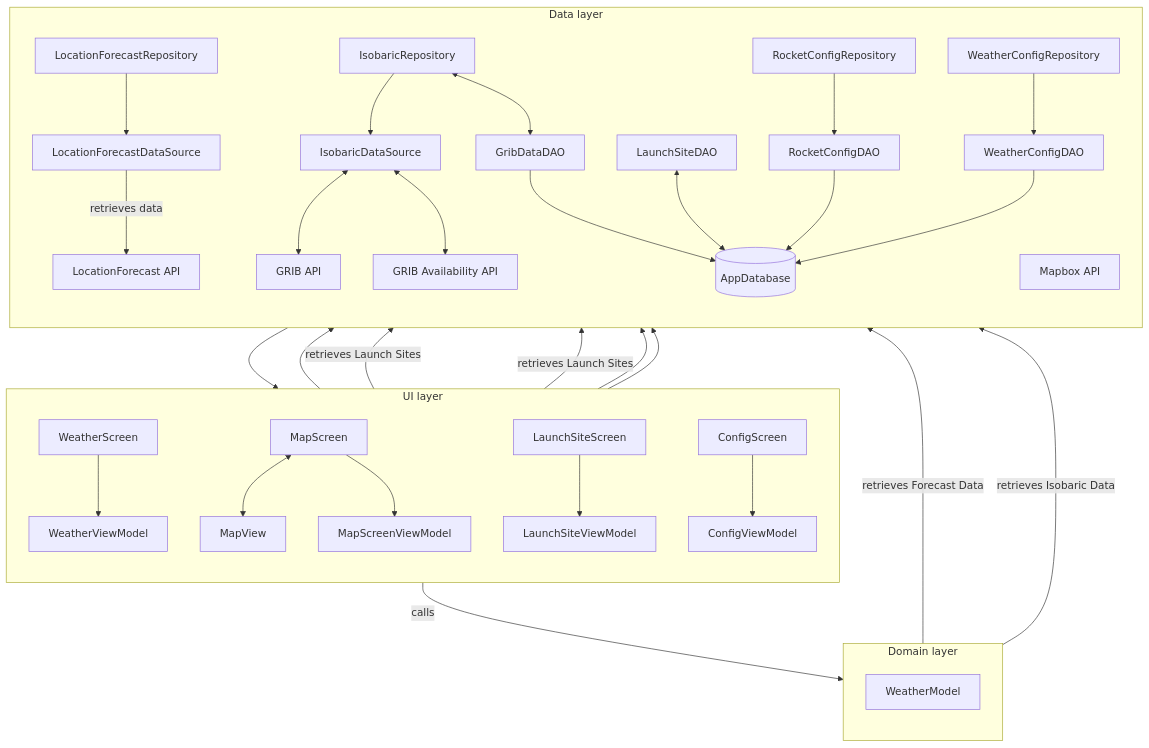
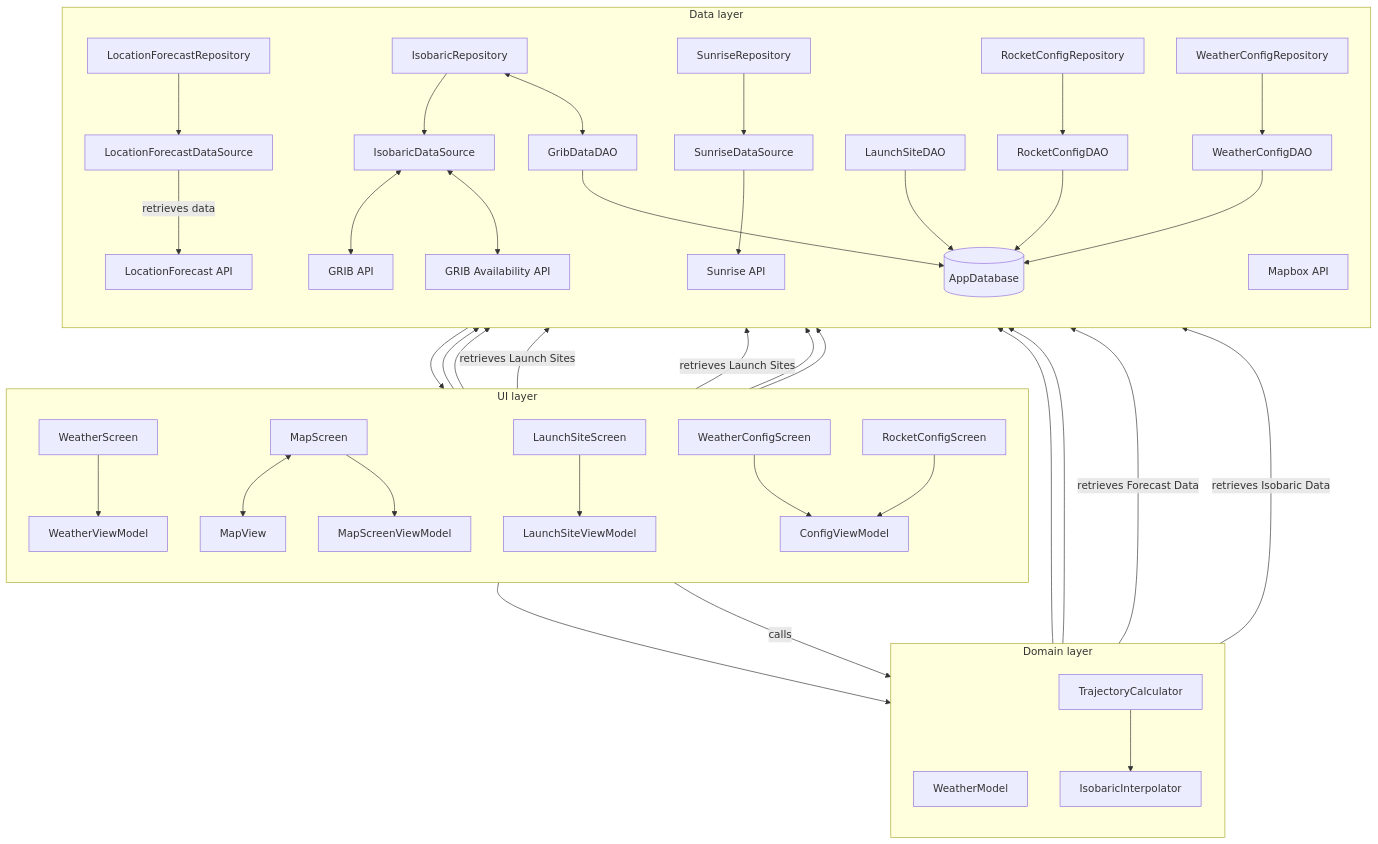
Before and after one commit to insaafmah/SOAR: the diagram in ARCHITECTURE.md, drawn with Mermaid.

````diff
--- a/ARCHITECTURE.md
+++ b/ARCHITECTURE.md
@@ -57,61 +57,72 @@
 ```mermaid
 %%{init: {'flowchart': {'rankSpacing': 70}}}%%
 flowchart TB
 
     %% -- UI-layer --
     subgraph UI layer
         direction TB
         WeatherScreen[WeatherScreen] --> WeatherVM[WeatherViewModel]
         MapScreen[MapScreen] <--> MapView[MapView]
         MapScreen[MapScreen] --> MapScreenVM[MapScreenViewModel]
         LaunchSiteScreen[LaunchSiteScreen] --> LaunchSiteVM[LaunchSiteViewModel]
-        ConfigScreen[ConfigScreen] --> ConfigVM[ConfigViewModel]
+        WeatherConfigScreen[WeatherConfigScreen] --> ConfigVM[ConfigViewModel]
+        RocketConfigScreen[RocketConfigScreen] --> ConfigVM[ConfigViewModel]
         
     end
 
     %% -- Domain-layer --
     subgraph Domain layer
         direction TB
         WeatherModel[WeatherModel]
+        MapScreenVM[MapScreenViewModel] --> TrajectoryCalculator[TrajectoryCalculator]
+        TrajectoryCalculator[TrajectoryCalculator] --> IsobaricInterpolator[IsobaricInterpolator]
     end
 
     %% -- Data-layer --
     subgraph Data layer
         direction TB
         LocationForecastRepo[LocationForecastRepository] --> LocationForecastDS[LocationForecastDataSource]
         IsobaricRepo[IsobaricRepository] --> IsobaricDS[IsobaricDataSource]
         IsobaricRepo[IsobaricRepository] <--> GribDataDAO[GribDataDAO]
         IsobaricDS[IsobaricDataSource] <--> GRIB[GRIB API]
         IsobaricDS[IsobaricDataSource] <--> GRIBAA[GRIB Availability API]
 
+        IsobaricInterpolator[IsobaricInterpolator] --> LocationForecastRepo[LocationForecastRepository] 
+        IsobaricInterpolator[IsobaricInterpolator] --> IsobaricRepo[IsobaricRepository]
+
+        WeatherVM[WeatherViewModel] --> SunriseRepository[SunriseRepository]
+        SunriseRepository[SunriseRepository] --> SunriseDataSource[SunriseDataSource]
+        SunriseDataSource[SunriseDataSource] --> SunriseAPI[Sunrise API]
+
+
         MapView[MapView] --> MapboxAPI[Mapbox API]
 
         LaunchSiteDAO[LaunchSiteDAO] --> MapScreenVM[MapScreenViewModel]
-        LaunchSiteDAO[LaunchSiteDAO] <--> AppDatabase[AppDatabase]
+        LaunchSiteDAO[LaunchSiteDAO] --> AppDatabase[AppDatabase]
 
         RocketConfigRepo[RocketConfigRepository]
         RocketConfigRepo[RocketConfigRepository] --> RocketConfigDAO[RocketConfigDAO]
         WeatherConfigRepo[WeatherConfigRepository]
         WeatherConfigRepo[WeatherConfigRepository] --> WeatherConfigDAO[WeatherConfigDAO]
         RocketConfigDAO[RocketConfigDAO] --> AppDatabase[AppDatabase]
         WeatherConfigDAO[WeatherConfigDAO] --> AppDatabase[(AppDatabase)]
         GribDataDAO[GribDataDAO] --> AppDatabase[(AppDatabase)]
 
 
 
         LocationForecastDS -->|"retrieves data"| ForecastDataCloud[LocationForecast API]
 
     end
 
     %% -- Links for locally saved Launch Sites --
     MapScreenVM -- "retrieves Launch Sites" --> LaunchSiteDAO
     LaunchSiteVM -- "retrieves Launch Sites" --> LaunchSiteDAO
     
 
     %% -- Links for weather via Domain-layer --
     WeatherVM -- "calls" --> WeatherModel
     WeatherModel -- "retrieves Forecast Data" --> LocationForecastRepo
     WeatherModel -- "retrieves Isobaric Data" --> IsobaricRepo
     ConfigVM --> RocketConfigRepo
     ConfigVM --> WeatherConfigRepo
 ```
````
